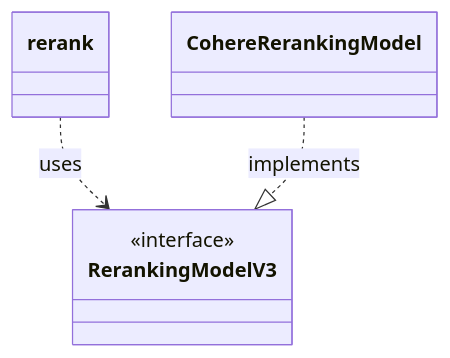
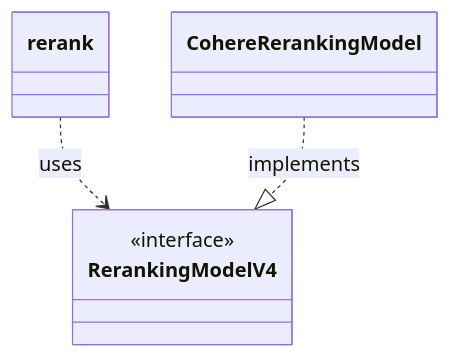
The fifth of 8 diagrams in architecture/provider-abstraction.md (vercel/ai), drawn with Mermaid before and after one commit. The commit also changed other lines of this file and 30 other files, not shown here.

````diff
--- a/architecture/provider-abstraction.md
+++ b/architecture/provider-abstraction.md
@@ -116,11 +116,11 @@
 ```mermaid
 classDiagram
     class rerank
-    class RerankingModelV3 {
+    class RerankingModelV4 {
       <<interface>>
     }
     class CohereRerankingModel
 
-    rerank ..> RerankingModelV3 : uses
-    CohereRerankingModel ..|> RerankingModelV3 : implements
+    rerank ..> RerankingModelV4 : uses
+    CohereRerankingModel ..|> RerankingModelV4 : implements
 ```
````
